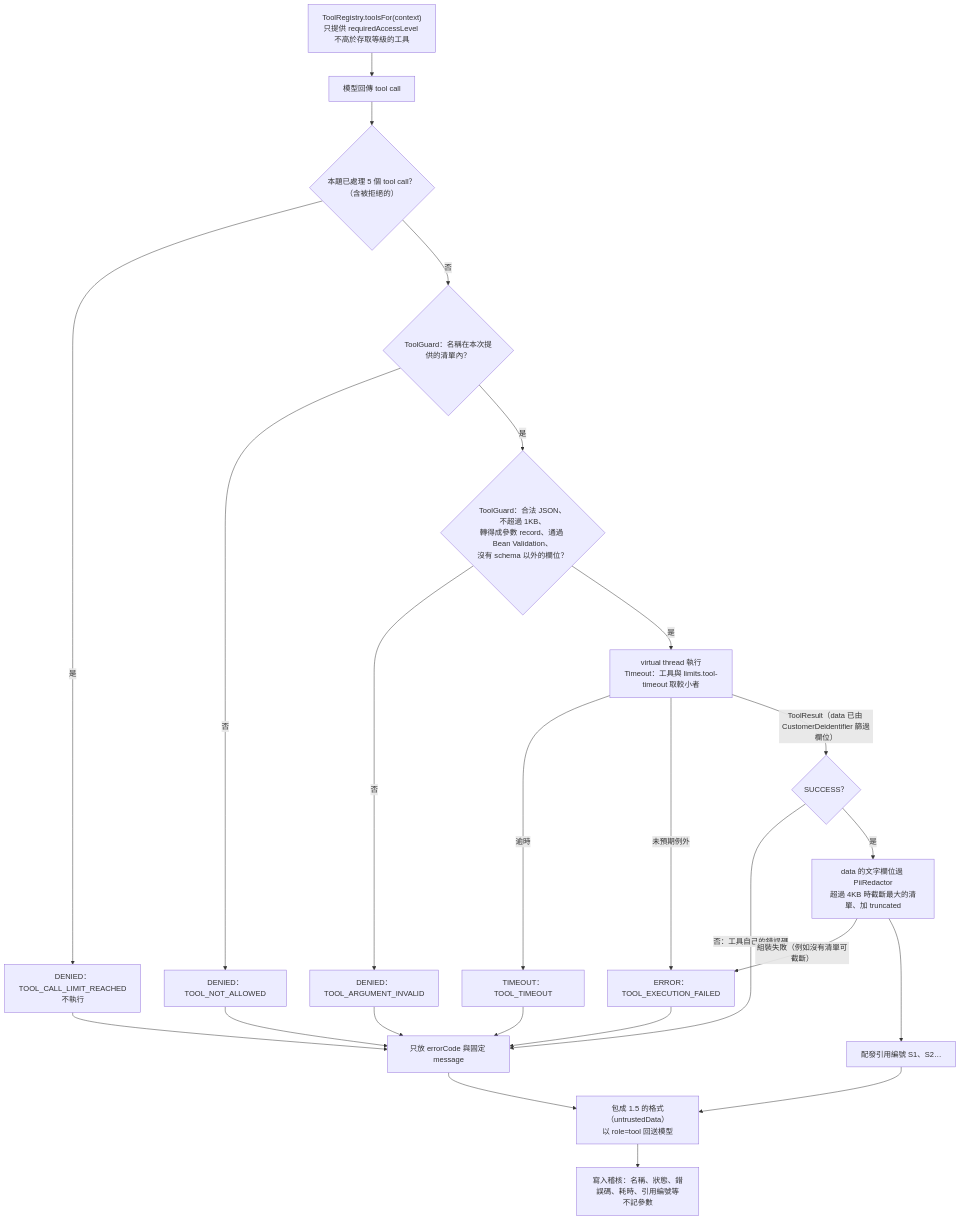
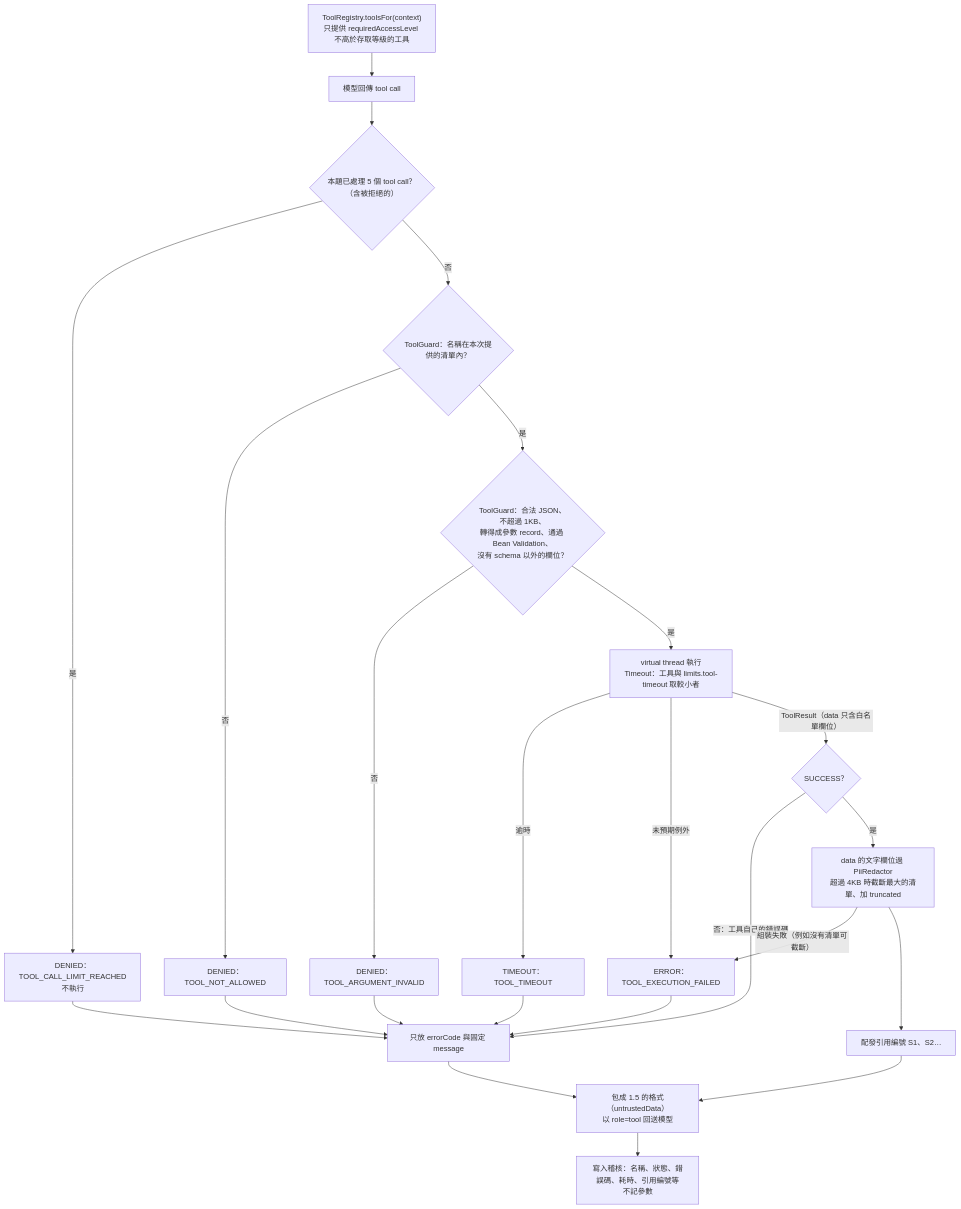
One commit to Rue1216/assistant-poc changed the first of 3 diagrams in docs/spec/03-tool-catalog.md. Above: the diagram before and after it, drawn with Mermaid. The commit also changed other lines of this file and 6 other files, not shown here.

````diff
--- a/docs/spec/03-tool-catalog.md
+++ b/docs/spec/03-tool-catalog.md
@@ -93,21 +96,21 @@
 ```mermaid
 flowchart TD
   REG["ToolRegistry.toolsFor(context)<br/>只提供 requiredAccessLevel 不高於存取等級的工具"] --> M["模型回傳 tool call"]
   M --> LIM{"本題已處理 5 個 tool call？<br/>（含被拒絕的）"}
   LIM -->|是| D0["DENIED：TOOL_CALL_LIMIT_REACHED<br/>不執行"]
   LIM -->|否| G1{"ToolGuard：名稱在本次提供的清單內？"}
   G1 -->|否| D1["DENIED：TOOL_NOT_ALLOWED"]
   G1 -->|是| G2{"ToolGuard：合法 JSON、不超過 1KB、<br/>轉得成參數 record、通過 Bean Validation、<br/>沒有 schema 以外的欄位？"}
   G2 -->|否| D2["DENIED：TOOL_ARGUMENT_INVALID"]
   G2 -->|是| EX["virtual thread 執行<br/>Timeout：工具與 limits.tool-timeout 取較小者"]
   EX -->|逾時| D3["TIMEOUT：TOOL_TIMEOUT"]
   EX -->|未預期例外| D4["ERROR：TOOL_EXECUTION_FAILED"]
-  EX -->|"ToolResult（data 已由 CustomerDeidentifier 篩過欄位）"| RS{"SUCCESS？"}
+  EX -->|"ToolResult（data 只含白名單欄位）"| RS{"SUCCESS？"}
   RS -->|"否：工具自己的錯誤碼"| F["只放 errorCode 與固定 message"]
   RS -->|是| P["data 的文字欄位過 PiiRedactor<br/>超過 4KB 時截斷最大的清單、加 truncated"]
   P -->|"組裝失敗（例如沒有清單可截斷）"| D4
   P --> CID["配發引用編號 S1、S2…"]
   D0 & D1 & D2 & D3 & D4 --> F
   CID & F --> OUT["包成 1.5 的格式（untrustedData）<br/>以 role=tool 回送模型"]
   OUT --> AUD["寫入稽核：名稱、狀態、錯誤碼、耗時、引用編號等<br/>不記參數"]
 ```
````
